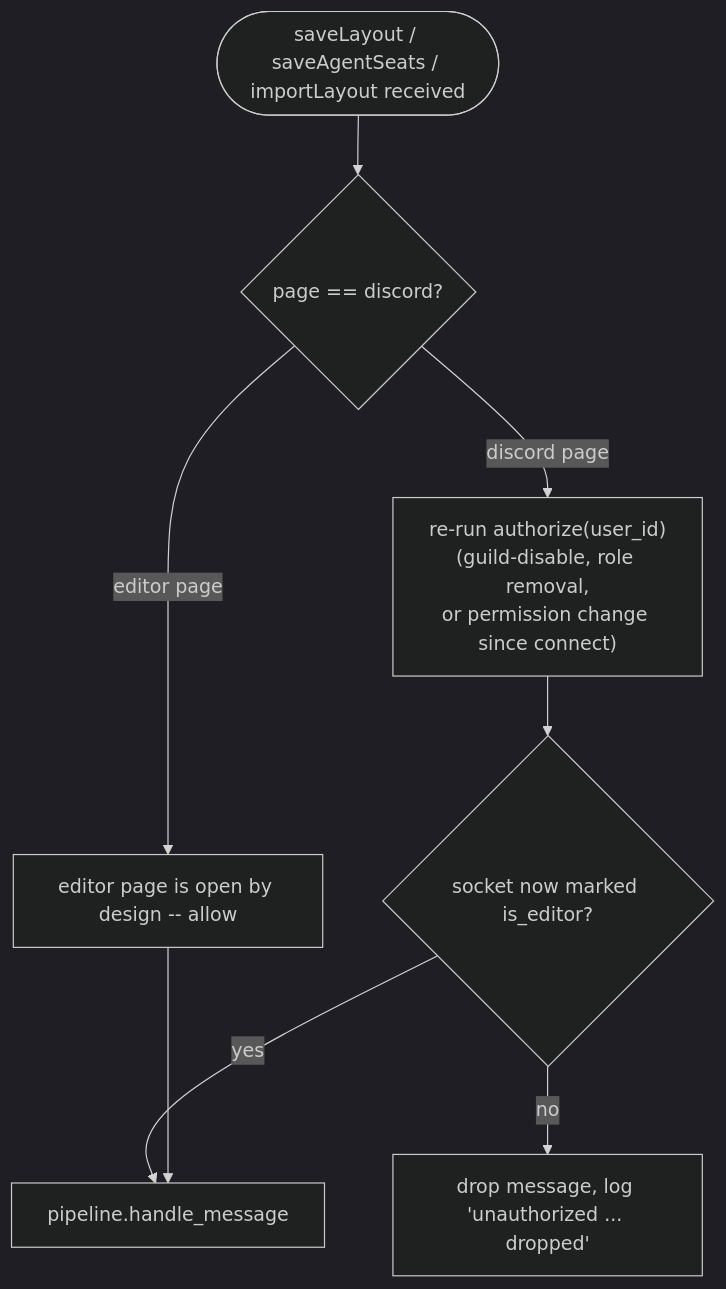
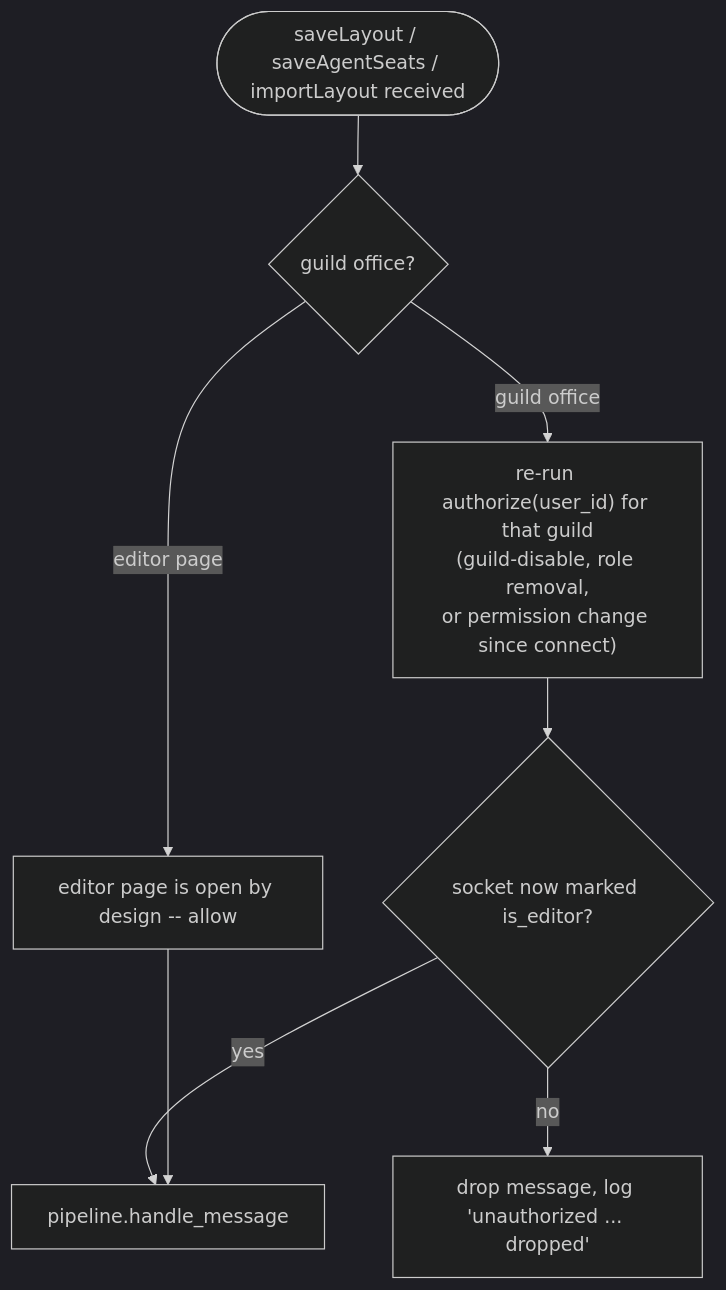
Before and after one commit to pixel-agents-hq/pixel-agents-cogs: the fifth of 6 diagrams in docs/cctv-design.md, drawn with Mermaid (dark theme). The commit also changed other lines of this file and 74 other files, not shown here.

First line of the commit message:
feat(cctv,corridor,pixelagents,floorplan): one Pixel Agents office per Discord server (#107)

````diff
--- a/docs/cctv-design.md
+++ b/docs/cctv-design.md
@@ -463,10 +509,10 @@
 ```mermaid
 flowchart TD
-    Start(["saveLayout / saveAgentSeats / importLayout received"]) --> IsDiscord{"page == discord?"}
-    IsDiscord -- editor page --> AllowEditor["editor page is open by design -- allow"]
-    IsDiscord -- discord page --> Recheck["re-run authorize(user_id)\n(guild-disable, role removal,\nor permission change since connect)"]
+    Start(["saveLayout / saveAgentSeats / importLayout received"]) --> IsOffice{"guild office?"}
+    IsOffice -- editor page --> AllowEditor["editor page is open by design -- allow"]
+    IsOffice -- guild office --> Recheck["re-run authorize(user_id) for that guild\n(guild-disable, role removal,\nor permission change since connect)"]
     Recheck --> IsEditorNow{"socket now marked is_editor?"}
     IsEditorNow -- no --> Drop["drop message, log 'unauthorized ... dropped'"]
     IsEditorNow -- yes --> Handle["pipeline.handle_message"]
     AllowEditor --> Handle
 ```
````
